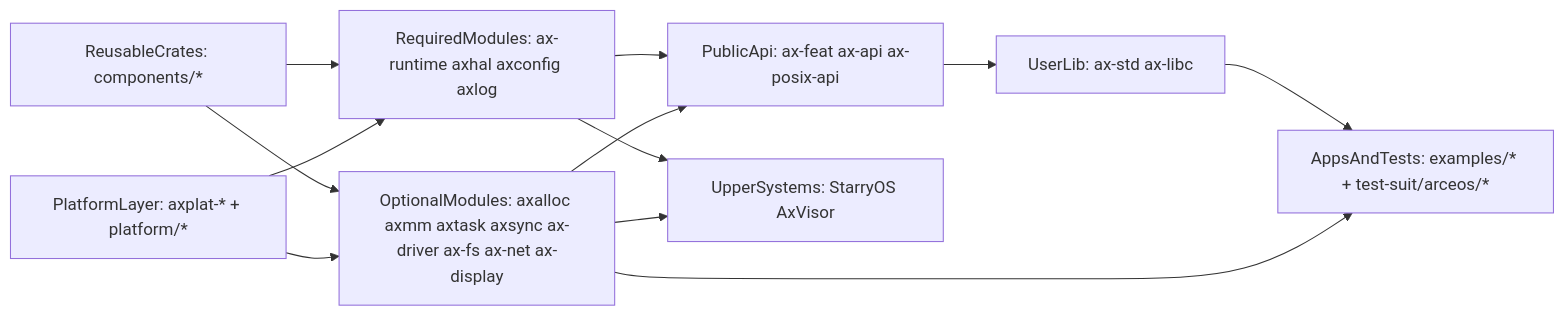
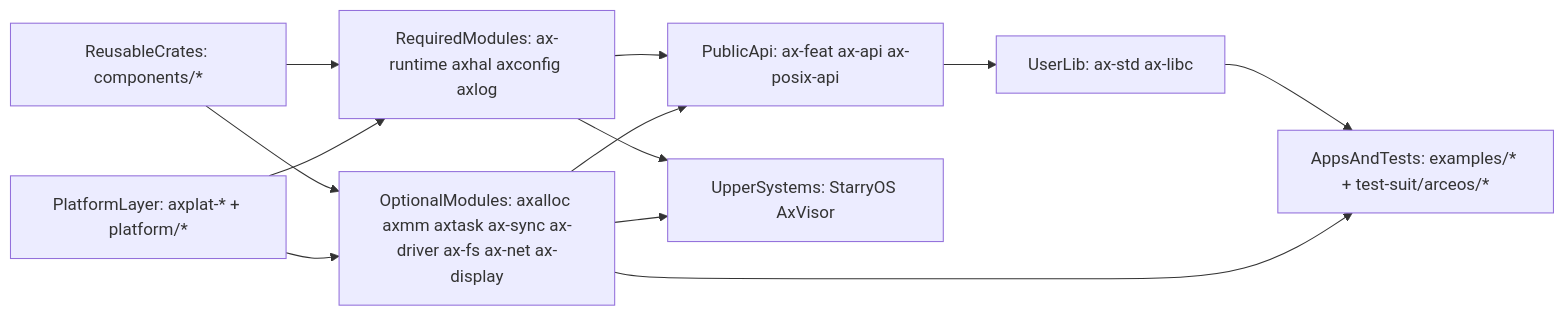
Before and after one commit to zKurisu/tgoskits: the first of 5 diagrams in docs/arceos-internals.md, drawn with Mermaid. The commit also changed other lines of this file and 79 other files, not shown here.

Commit message:
rename axsync to ax-sync

````diff
--- a/docs/arceos-internals.md
+++ b/docs/arceos-internals.md
@@ -36,23 +36,23 @@
 ```mermaid
 flowchart LR
     reusableCrates["ReusableCrates: components/*"]
     platformLayer["PlatformLayer: axplat-* + platform/*"]
     requiredModules["RequiredModules: ax-runtime axhal axconfig axlog"]
-    optionalModules["OptionalModules: axalloc axmm axtask axsync ax-driver ax-fs ax-net ax-display"]
+    optionalModules["OptionalModules: axalloc axmm axtask ax-sync ax-driver ax-fs ax-net ax-display"]
     publicApi["PublicApi: ax-feat ax-api ax-posix-api"]
     userLib["UserLib: ax-std ax-libc"]
     appsAndTests["AppsAndTests: examples/* + test-suit/arceos/*"]
     upperSystems["UpperSystems: StarryOS AxVisor"]
 
     reusableCrates --> requiredModules
     reusableCrates --> optionalModules
     platformLayer --> requiredModules
     platformLayer --> optionalModules
     requiredModules --> publicApi
     optionalModules --> publicApi
     publicApi --> userLib
     userLib --> appsAndTests
     optionalModules --> appsAndTests
     requiredModules --> upperSystems
     optionalModules --> upperSystems
 ```
````
